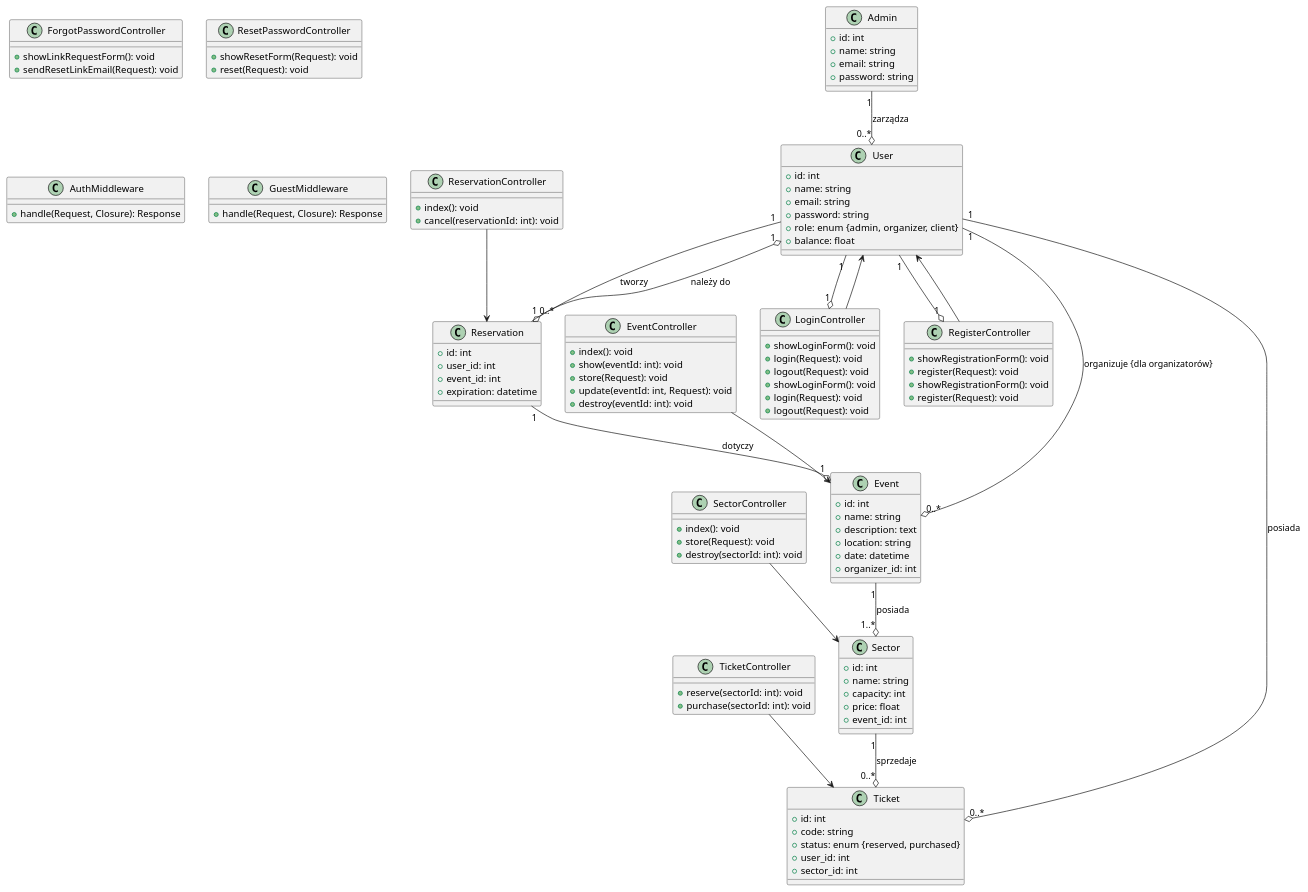
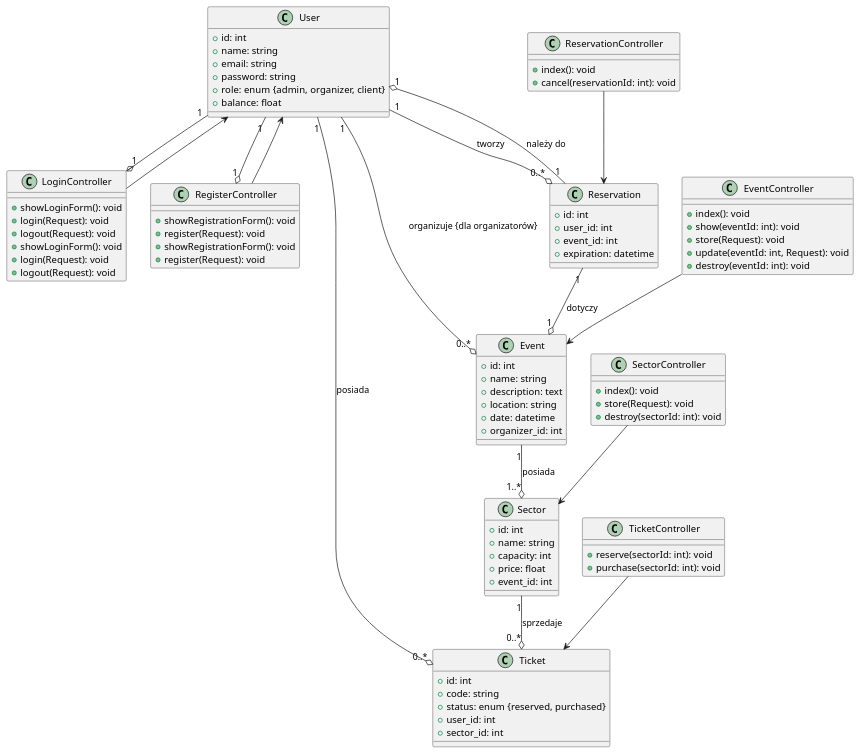
The diagram in Diagram.puml (Tkapcer/SystemSprzedazyBiletow), drawn with PlantUML before and after one commit. The commit also changed 17 other files, not shown here.

```diff
--- a/Diagram.puml
+++ b/Diagram.puml
@@ -1,144 +1,145 @@
 @startuml
 ' Definicja klas
 
 class User {
     + id: int
     + name: string
     + email: string
     + password: string
     + role: enum {admin, organizer, client}
     + balance: float
 }
 
 ' Kontrolery uwierzytelniania tego chyba by można nie dawać
 class LoginController {
     + showLoginForm(): void
     + login(Request): void
     + logout(Request): void
 }
 
 class RegisterController {
     + showRegistrationForm(): void
     + register(Request): void
 }
 
-class ForgotPasswordController {
-    + showLinkRequestForm(): void
-    + sendResetLinkEmail(Request): void
-}
+'class ForgotPasswordController {
+'    + showLinkRequestForm(): void
+'    + sendResetLinkEmail(Request): void
+'}
 
-class ResetPasswordController {
-    + showResetForm(Request): void
-    + reset(Request): void
-}
-
-' Middleware
-class AuthMiddleware {
-    + handle(Request, Closure): Response
-}
-
-class GuestMiddleware {
-    + handle(Request, Closure): Response
-}
+'class ResetPasswordController {
+'    + showResetForm(Request): void
+'    + reset(Request): void
+'}
+'
+'' Middleware
+'class AuthMiddleware {
+'    + handle(Request, Closure): Response
+'}
+'
+'class GuestMiddleware {
+'    + handle(Request, Closure): Response
+'}
 
 ' Relacje
 User "1" --o "1" LoginController
 User "1" --o "1" RegisterController
 
 ' Do tąd, reszta z głównego systemu
 
-class Admin {
-    + id: int
-    + name: string
-    + email: string
-    + password: string
-}
+'class Admin {
+'    + id: int
+'    + name: string
+'    + email: string
+'    + password: string
+'}
 
 class Event {
     + id: int
     + name: string
     + description: text
     + location: string
     + date: datetime
     + organizer_id: int
 }
 
 class Sector {
     + id: int
     + name: string
     + capacity: int
     + price: float
     + event_id: int
 }
 
 class Ticket {
     + id: int
     + code: string
     + status: enum {reserved, purchased}
     + user_id: int
     + sector_id: int
 }
 
 class Reservation {
     + id: int
     + user_id: int
     + event_id: int
     + expiration: datetime
 }
 
 ' Relacje między klasami
 User "1" --o "0..*" Ticket : posiada
 User "1" --o "0..*" Reservation : tworzy
 User "1" --o "0..*" Event : organizuje {dla organizatorów}
 Event "1" --o "1..*" Sector : posiada
 Sector "1" --o "0..*" Ticket : sprzedaje
 Reservation "1" --o "1" User : należy do
 Reservation "1" --o "1" Event : dotyczy
-Admin "1" --o "0..*" User : zarządza
+'Admin "1" --o "0..*" User : zarządza
+'Admin "1" --o "1..*" Event : nadzoruje
 
 ' Kontrolery
 class LoginController {
     + showLoginForm(): void
     + login(Request): void
     + logout(Request): void
 }
 
 class RegisterController {
     + showRegistrationForm(): void
     + register(Request): void
 }
 
 class EventController {
     + index(): void
     + show(eventId: int): void
     + store(Request): void
     + update(eventId: int, Request): void
     + destroy(eventId: int): void
 }
 
 class SectorController {
     + index(): void
     + store(Request): void
     + destroy(sectorId: int): void
 }
 
 class TicketController {
     + reserve(sectorId: int): void
     + purchase(sectorId: int): void
 }
 
 class ReservationController {
     + index(): void
     + cancel(reservationId: int): void
 }
 
 ' Relacje między kontrolerami a modelami
 LoginController --> User
 RegisterController --> User
 EventController --> Event
 SectorController --> Sector
 TicketController --> Ticket
 ReservationController --> Reservation
 
 
 @enduml
```
